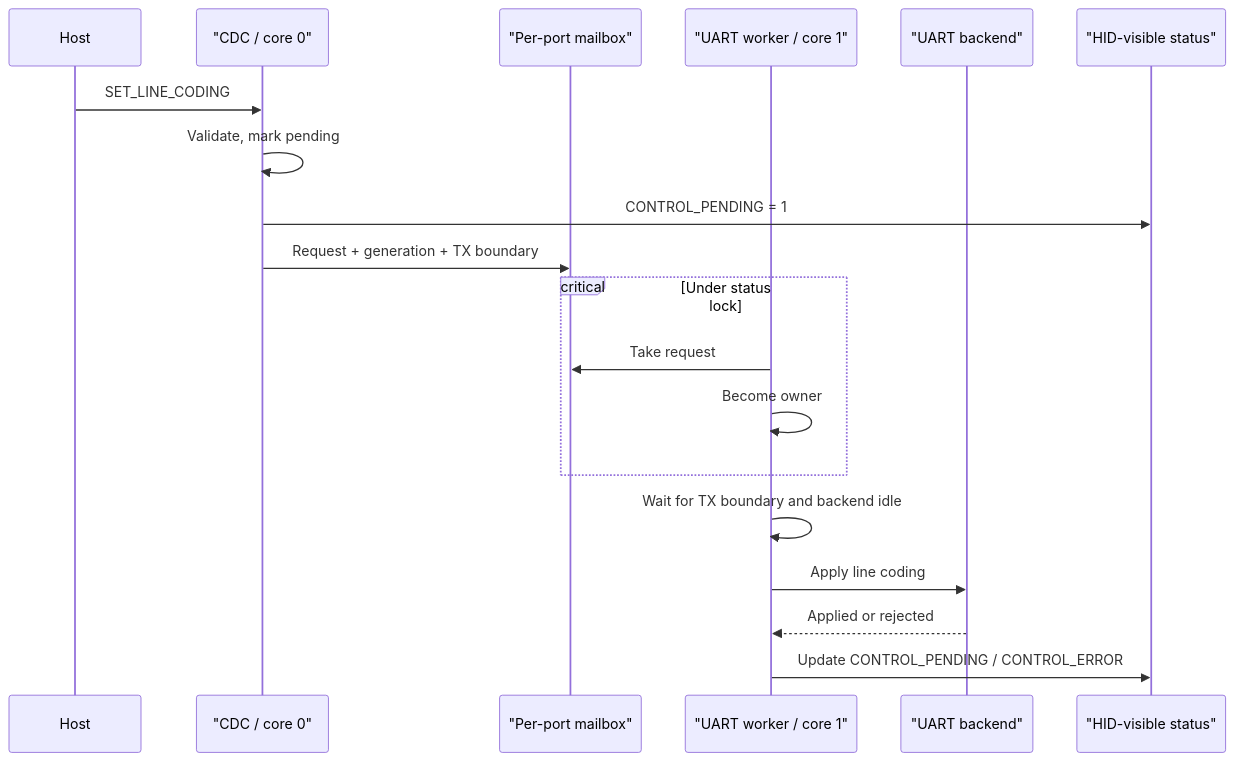
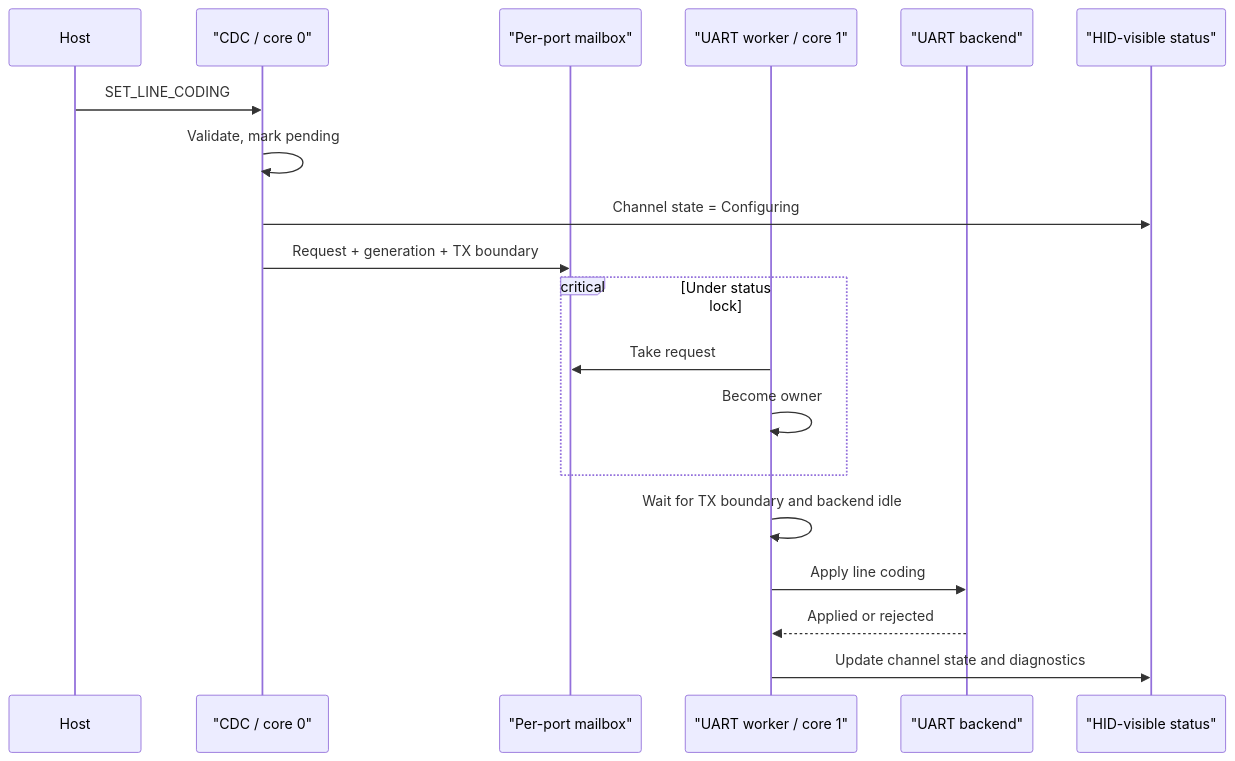
The diagram in docs/design/control-plane-design.md (djwinter29-oss/PicoUart), drawn with Mermaid before and after one commit. The commit also changed other lines of this file and 21 other files, not shown here.

````diff
--- a/docs/design/control-plane-design.md
+++ b/docs/design/control-plane-design.md
@@ -21,22 +22,22 @@
 ```mermaid
 sequenceDiagram
   participant Host
   participant USB as "CDC / core 0"
   participant Mailbox as "Per-port mailbox"
   participant Worker as "UART worker / core 1"
   participant Backend as "UART backend"
   participant HID as "HID-visible status"
 
   Host->>USB: SET_LINE_CODING
   USB->>USB: Validate, mark pending
-  USB->>HID: CONTROL_PENDING = 1
+  USB->>HID: Channel state = Configuring
   USB->>Mailbox: Request + generation + TX boundary
   critical Under status lock
     Worker->>Mailbox: Take request
     Worker->>Worker: Become owner
   end
   Worker->>Worker: Wait for TX boundary and backend idle
   Worker->>Backend: Apply line coding
   Backend-->>Worker: Applied or rejected
-  Worker->>HID: Update CONTROL_PENDING / CONTROL_ERROR
+  Worker->>HID: Update channel state and diagnostics
 ```
````
